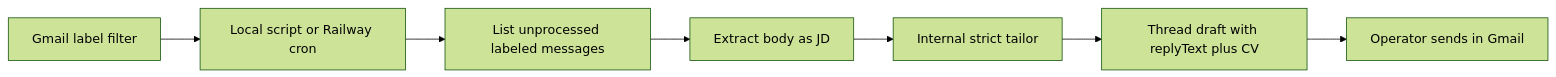
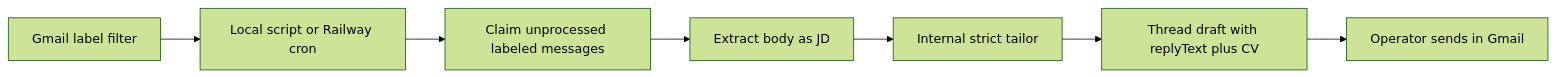
One commit to mikkel250/ccc changed the diagram in docs/plans/2026-09-05-002-feat-inbox-worker-plan.md. Above: the diagram before and after it, drawn with Mermaid (forest theme). The commit also changed other lines of this file and 5 other files, not shown here.

````diff
--- a/docs/plans/2026-09-05-002-feat-inbox-worker-plan.md
+++ b/docs/plans/2026-09-05-002-feat-inbox-worker-plan.md
@@ -82,11 +93,11 @@
 ```mermaid
 flowchart LR
   filter[Gmail label filter]
   trigger[Local script or Railway cron]
-  scan[List unprocessed labeled messages]
+  scan[Claim unprocessed labeled messages]
   extract[Extract body as JD]
   tailor[Internal strict tailor]
   draft[Thread draft with replyText plus CV]
   human[Operator sends in Gmail]
   filter --> trigger --> scan --> extract --> tailor --> draft --> human
 ```
````
